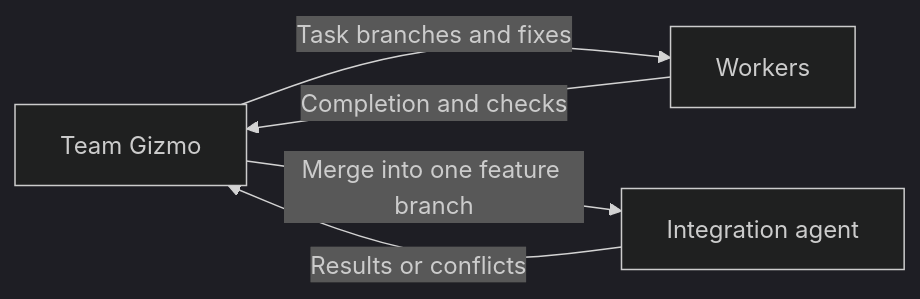
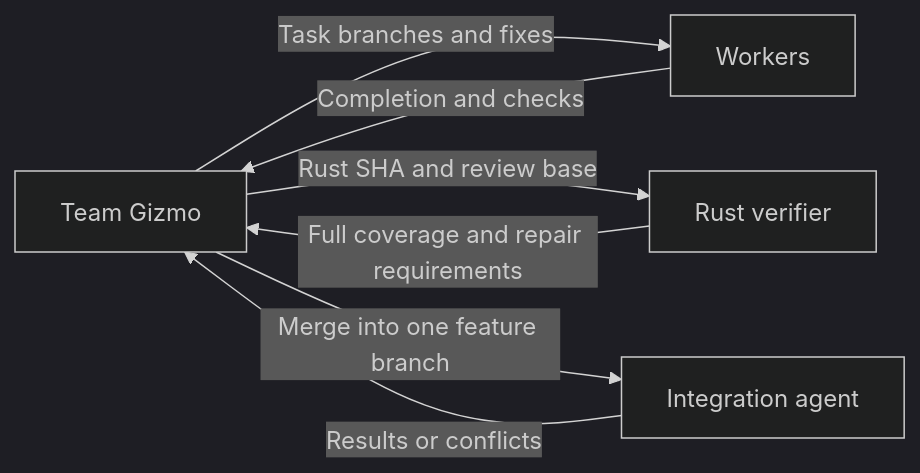
One commit to ai-ai-ai-ai-ai-ai-ai/meta-cortex changed the diagram in cortex/teams/gizmo-team/agents/gizmo/AGENTS.md. Above: the diagram before and after it, drawn with Mermaid (dark theme). The commit also changed other lines of this file and 10 other files, not shown here.

Commit message:
Add exhaustive Rust verifier and Gizmo repair workflow

````diff
--- a/cortex/teams/gizmo-team/agents/gizmo/AGENTS.md
+++ b/cortex/teams/gizmo-team/agents/gizmo/AGENTS.md
@@ -77,7 +77,9 @@
 ```mermaid
 flowchart LR
     G[Team Gizmo] -->|Task branches and fixes| W[Workers]
     W -->|Completion and checks| G
+    G -->|Rust SHA and review base| V[Rust verifier]
+    V -->|Full coverage and repair requirements| G
     G -->|Merge into one feature branch| I[Integration agent]
     I -->|Results or conflicts| G
 ```
````
